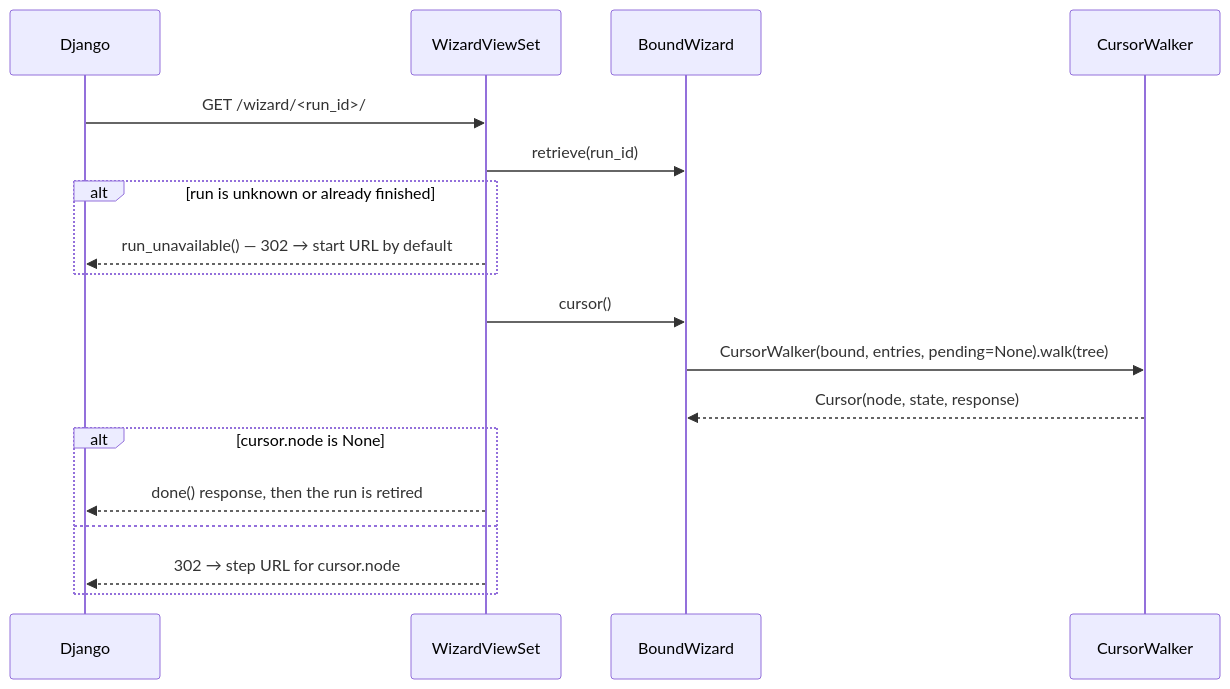
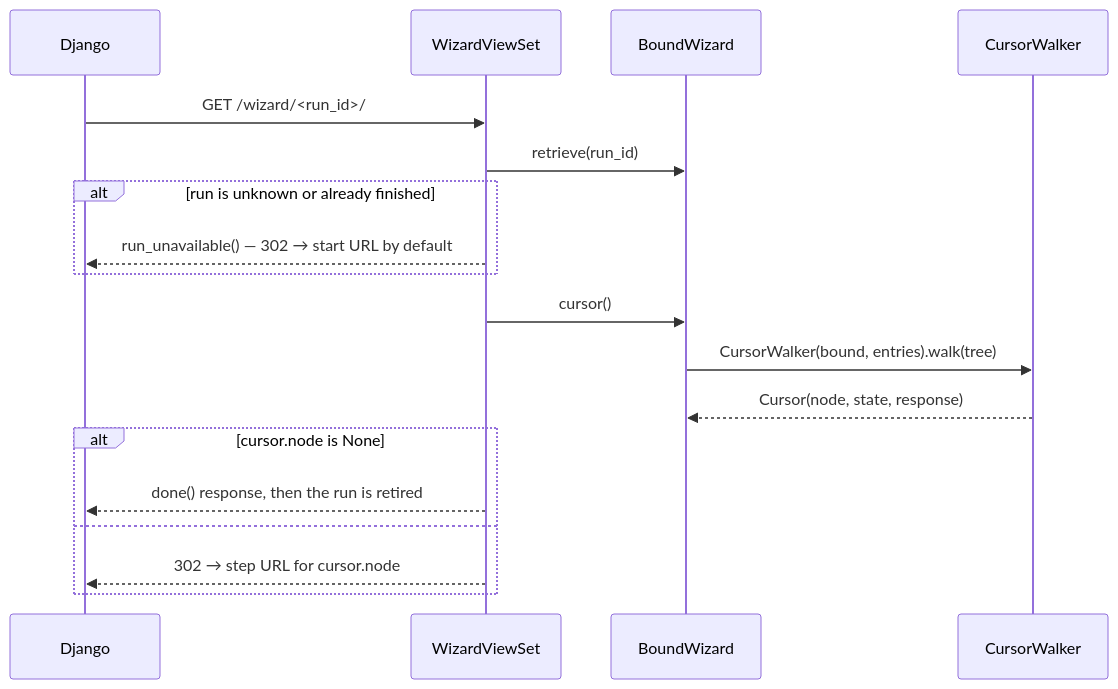
One commit to kevincarrogan/django-gandalf changed the third of 5 diagrams in ARCHITECTURE.md. Above: the diagram before and after it, drawn with Mermaid. The commit also changed other lines of this file and 12 other files, not shown here.

````diff
--- a/ARCHITECTURE.md
+++ b/ARCHITECTURE.md
@@ -118,21 +118,21 @@
 ```mermaid
 sequenceDiagram
     participant Django
     participant WVS as WizardViewSet
     participant BW as BoundWizard
     participant CWK as CursorWalker
 
     Django->>WVS: GET /wizard/<run_id>/
     WVS->>BW: retrieve(run_id)
     alt run is unknown or already finished
         WVS-->>Django: run_unavailable() — 302 → start URL by default
     end
     WVS->>BW: cursor()
-    BW->>CWK: CursorWalker(bound, entries, pending=None).walk(tree)
+    BW->>CWK: CursorWalker(bound, entries).walk(tree)
     CWK-->>BW: Cursor(node, state, response)
     alt cursor.node is None
         WVS-->>Django: done() response, then the run is retired
     else
         WVS-->>Django: 302 → step URL for cursor.node
     end
 ```
````
